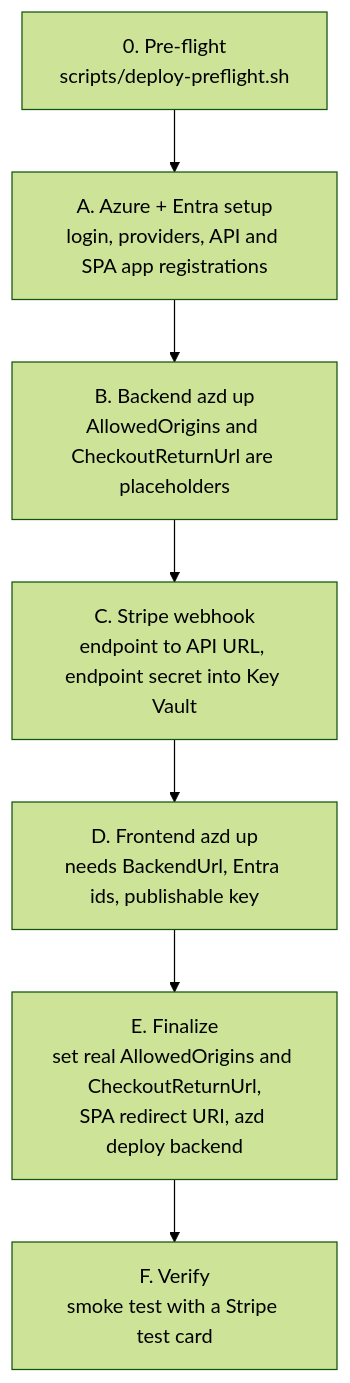
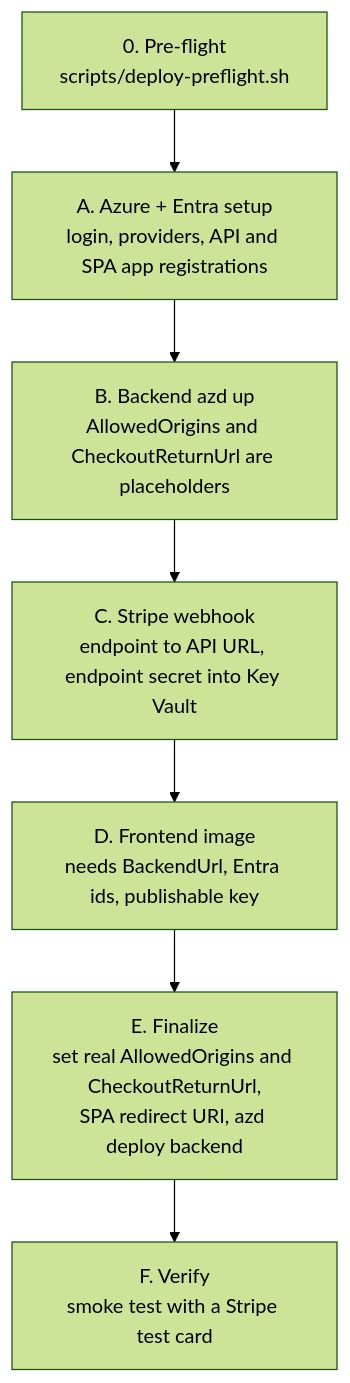
The diagram in docs/deployment.md (Axeloooo/GameStore), drawn with Mermaid (forest theme) before and after one commit. The commit also changed other lines of this file and 15 other files, not shown here.

Commit message:
feat: Removed the Aspire frontend AppHost and documented the npm dev flow

````diff
--- a/docs/deployment.md
+++ b/docs/deployment.md
@@ -46,10 +46,10 @@
 ```mermaid
 flowchart TB
     pre["0. Pre-flight<br/>scripts/deploy-preflight.sh"] --> a
     a["A. Azure + Entra setup<br/>login, providers, API and SPA app registrations"] --> b
     b["B. Backend azd up<br/>AllowedOrigins and CheckoutReturnUrl are placeholders"] --> c
     c["C. Stripe webhook<br/>endpoint to API URL, endpoint secret into Key Vault"] --> d
-    d["D. Frontend azd up<br/>needs BackendUrl, Entra ids, publishable key"] --> e
+    d["D. Frontend image<br/>needs BackendUrl, Entra ids, publishable key"] --> e
     e["E. Finalize<br/>set real AllowedOrigins and CheckoutReturnUrl,<br/>SPA redirect URI, azd deploy backend"] --> f
     f["F. Verify<br/>smoke test with a Stripe test card"]
 ```
````
